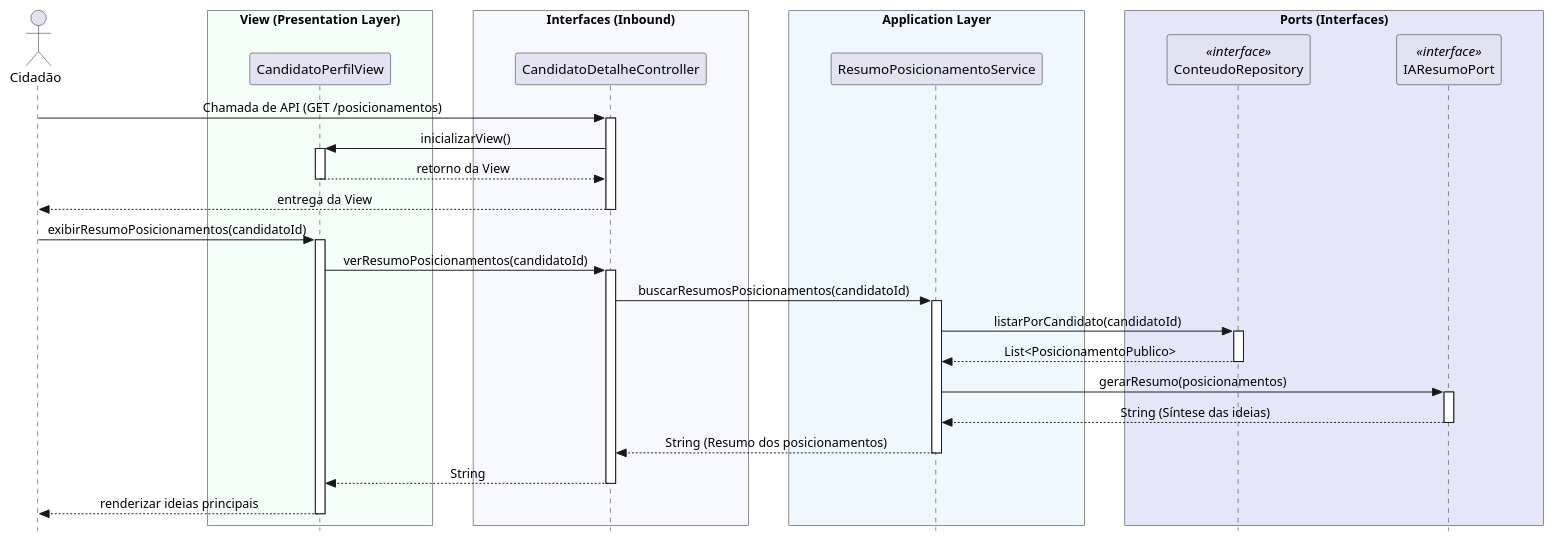
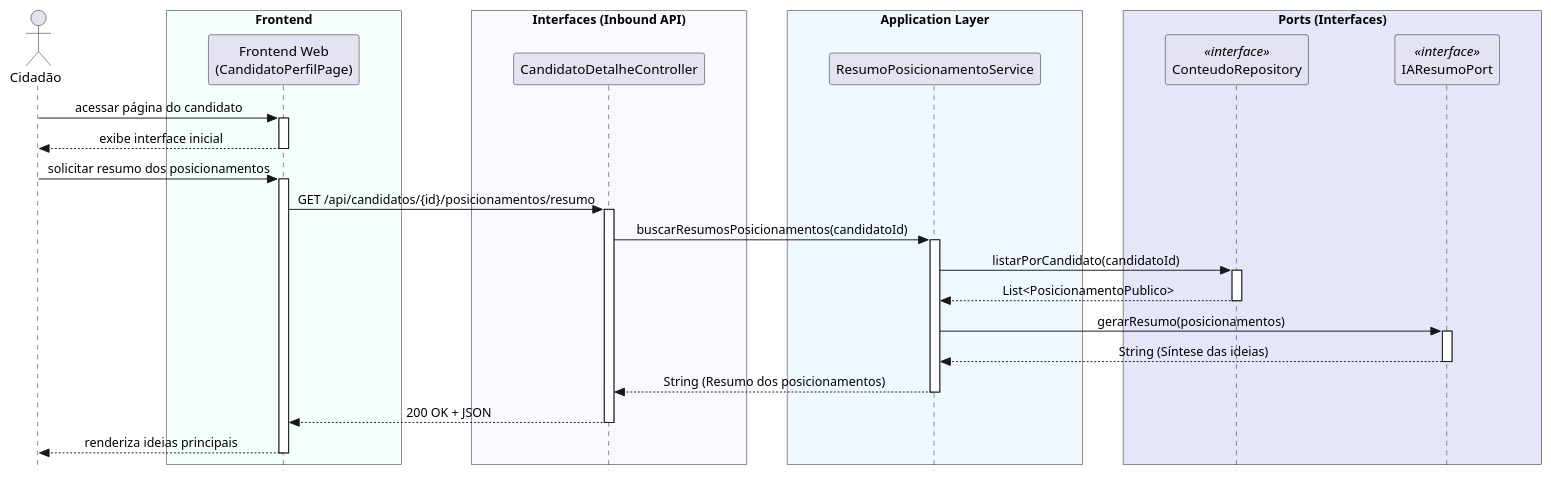
Before and after one commit to Nenhum-Grupo/ProjetoEngenharia: the diagram in Documentação/04 - Implementação/Diagramas_de_Sequência_de_Implementação/UC3.md, drawn with PlantUML. The commit also changed other lines of this file, not shown here.

````diff
--- a/Documentação/04 - Implementação/Diagramas_de_Sequência_de_Implementação/UC3.md
+++ b/Documentação/04 - Implementação/Diagramas_de_Sequência_de_Implementação/UC3.md
@@ -6,70 +6,64 @@
 ```plantuml
 @startuml
 skinparam style strictuml
 skinparam sequenceMessageAlign center
 skinparam ParticipantPadding 40
 skinparam ParticipantMinWidth 140
 skinparam BoxPadding 20
 
 actor "Cidadão" as User
 
-box "View (Presentation Layer)" #MintCream
-participant "CandidatoPerfilView" as View
+box "Frontend" #MintCream
+participant "Frontend Web\n(CandidatoPerfilPage)" as Front
 end box
 
-box "Interfaces (Inbound)" #GhostWhite
+box "Interfaces (Inbound API)" #GhostWhite
 participant "CandidatoDetalheController" as Ctrl
 end box
 
 box "Application Layer" #AliceBlue
 participant "ResumoPosicionamentoService" as Service
 end box
 
 box "Ports (Interfaces)" #Lavender
 participant "ConteudoRepository" as Repo <<interface>>
 participant "IAResumoPort" as IA <<interface>>
 end box
 
-' --- INTERAÇÃO INICIAL DE ACESSO (CHAMADA DE API) ---
-User -> Ctrl : Chamada de API (GET /posicionamentos)
-activate Ctrl
+' --- Carregamento inicial da página ---
+User -> Front : acessar página do candidato
+activate Front
+Front --> User : exibe interface inicial
+deactivate Front
 
-Ctrl -> View : inicializarView()
-activate View
-View --> Ctrl : retorno da View
-deactivate View
+' --- Requisição dos resumos de posicionamento ---
+User -> Front : solicitar resumo dos posicionamentos
+activate Front
 
-Ctrl --> User : entrega da View
-deactivate Ctrl
-
-' --- FLUXO ORIGINAL DE PROCESSAMENTO ---
-User -> View : exibirResumoPosicionamentos(candidatoId)
-activate View
-
-View -> Ctrl : verResumoPosicionamentos(candidatoId)
+Front -> Ctrl : GET /api/candidatos/{id}/posicionamentos/resumo
 activate Ctrl
 
 Ctrl -> Service : buscarResumosPosicionamentos(candidatoId)
 activate Service
 
 Service -> Repo : listarPorCandidato(candidatoId)
 activate Repo
 Repo --> Service : List<PosicionamentoPublico>
 deactivate Repo
 
 Service -> IA : gerarResumo(posicionamentos)
 activate IA
 IA --> Service : String (Síntese das ideias)
 deactivate IA
 
 Service --> Ctrl : String (Resumo dos posicionamentos)
 deactivate Service
 
-Ctrl --> View : String
+Ctrl --> Front : 200 OK + JSON
 deactivate Ctrl
 
-View --> User : renderizar ideias principais
-deactivate View
+Front --> User : renderiza ideias principais
+deactivate Front
 
 @enduml
 ```
````
